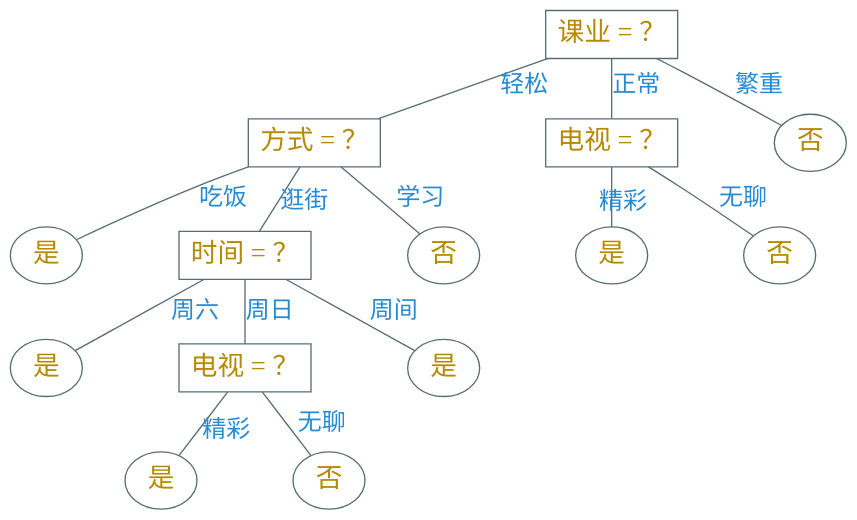
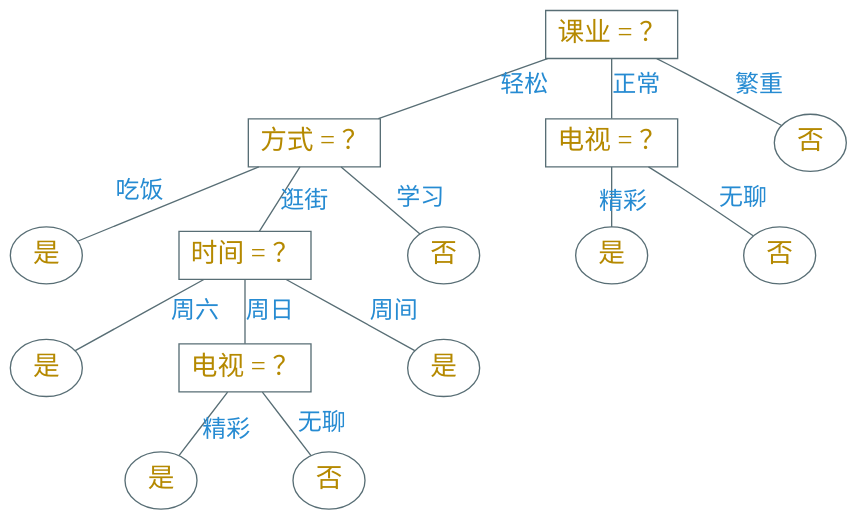
Before and after one commit to Avanti1980/course-ml: the diagram in slides/04.md, drawn with Graphviz. The commit also changed other lines of this file and 2 other files, not shown here.

````diff
--- a/slides/04.md
+++ b/slides/04.md
@@ -405,48 +480,48 @@
 ```dot {.center .top-12}
 digraph g {
     graph [nodesep=1.0, ranksep=0.3]
     bgcolor="transparent"
     node [shape=box color="#586e75" fontcolor="#b58900" fontsize=20 fontname="Ysabeau,LXGWWenKai"]
     edge [color="#586e75" fontcolor="#268bd2" fontsize=18 fontname="Ysabeau,LXGWWenKai" arrowhead=none]
 
     "课业 = ？" -> "方式 = ？" [label="轻松"]
     "课业 = ？" -> "电视 = ？" [label="正常"]
 
     node [shape=ellipse]
     y1 [label="是"]
     y2 [label="是"]
     y4 [label="是"]
     n1 [label="否"]
 
     n3 [label="否"]
     n4 [label="否"]
 
     "课业 = ？" -> "n1" [label="繁重"]
 
-    "方式 = ？" -> "是" [label="吃饭"]
+    "方式 = ？" -> "是" [xlabel="吃饭"]
 
     node [shape=box]
     "方式 = ？" -> "时间 = ？" [headlabel="逛街" labeldistance=4]
 
     node [shape=ellipse]
     n2 [label="否"]
     "方式 = ？" -> "n2" [label="学习"]
 
     "电视 = ？" -> "y1" [headlabel="精彩" labeldistance=2]
     "电视 = ？" -> "n3" [label="无聊"]
 
     "时间 = ？" -> "y2" [label="周六"]
 
     node [shape=box]
     tv [label="电视 = ？"]
 
     "时间 = ？" -> tv [label="周日"]
 
     node [shape=ellipse]
     y3 [label="是"]
     "时间 = ？" -> "y3" [label="周间"]
 
     tv -> "y4" [headlabel="精彩" labeldistance=4]
     tv -> "n4" [label="无聊"]
 }
 ```
````
